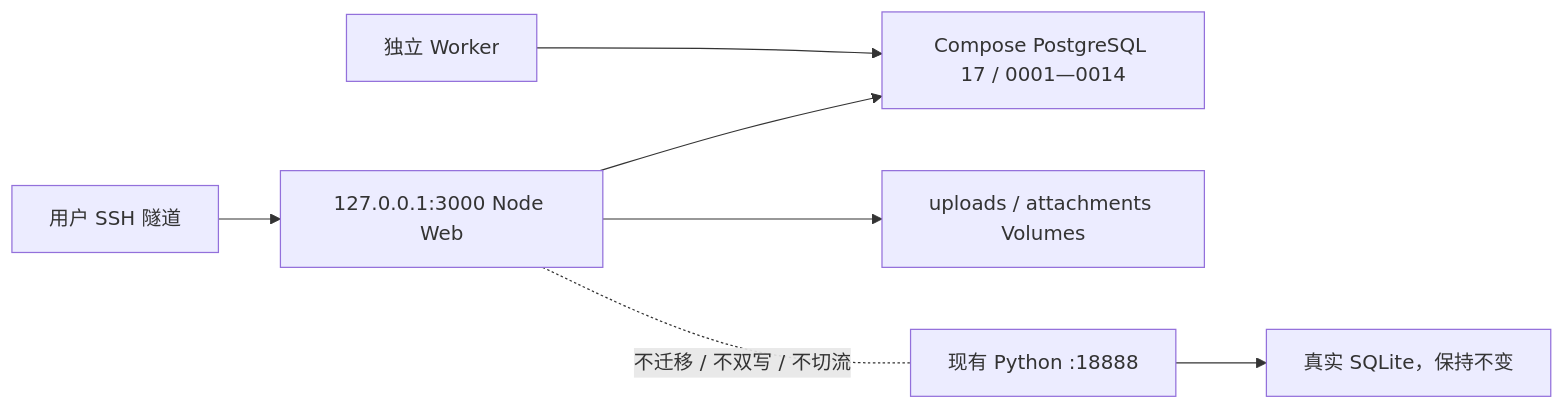
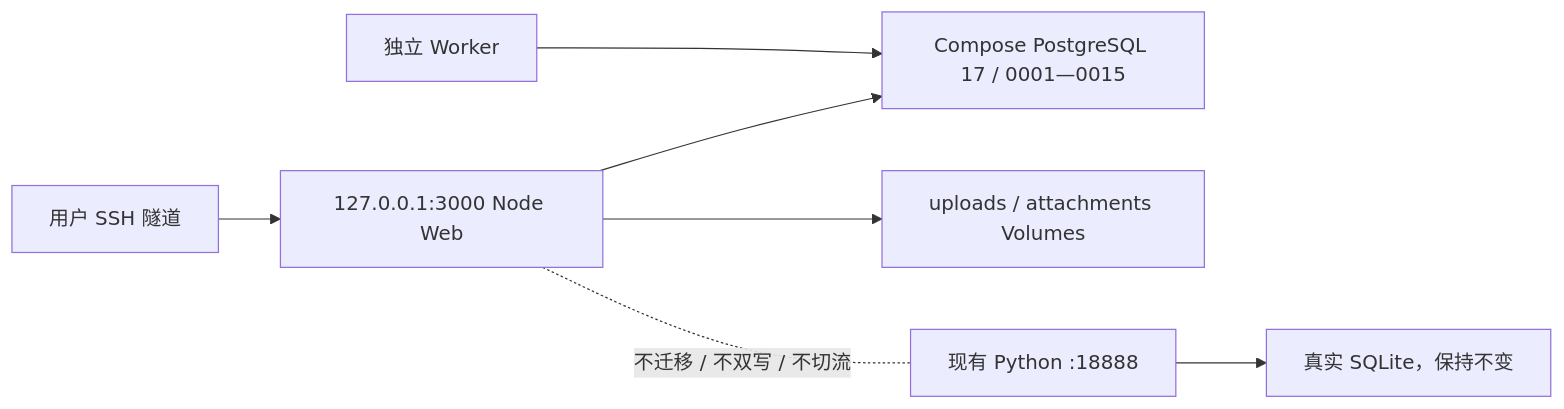
The second of 12 diagrams in docs/project/ARCHITECTURE.md (3443176848/chenyida), drawn with Mermaid before and after one commit. The commit also changed other lines of this file and 11 other files, not shown here.

````diff
--- a/docs/project/ARCHITECTURE.md
+++ b/docs/project/ARCHITECTURE.md
@@ -27,9 +29,9 @@
 ```mermaid
 flowchart LR
     SSH["用户 SSH 隧道"] --> WEB["127.0.0.1:3000 Node Web"]
-    WEB --> PG["Compose PostgreSQL 17 / 0001—0014"]
+    WEB --> PG["Compose PostgreSQL 17 / 0001—0015"]
     WORKER["独立 Worker"] --> PG
     WEB --> FILES["uploads / attachments Volumes"]
     PY["现有 Python :18888"] --> SQLITE["真实 SQLite，保持不变"]
     WEB -. "不迁移 / 不双写 / 不切流" .- PY
 ```
````
